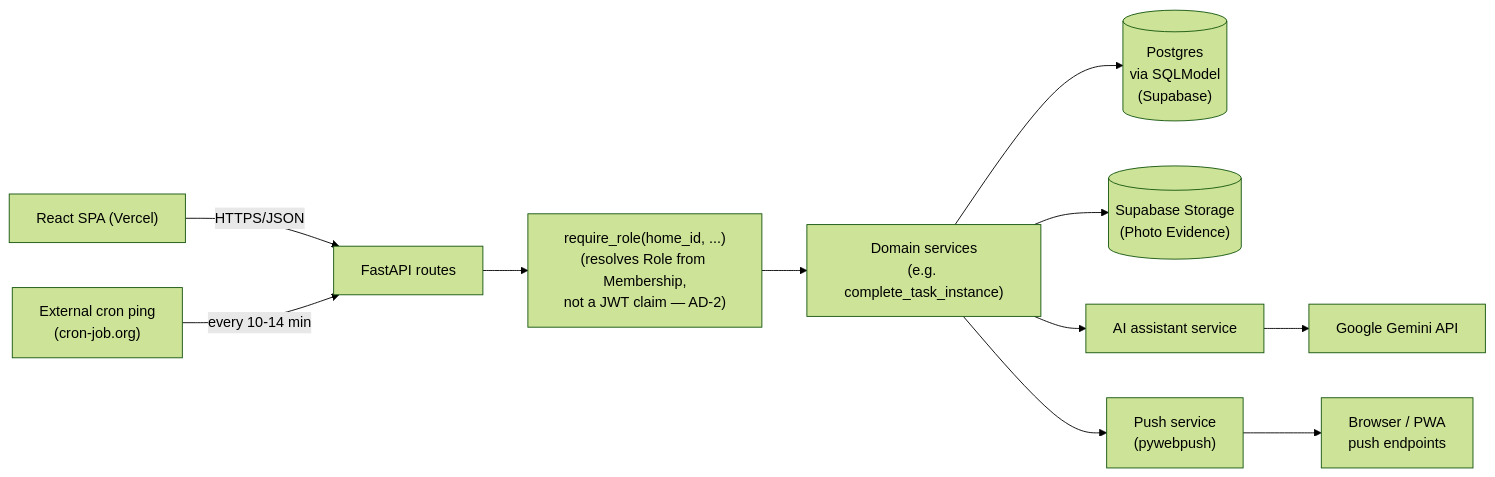
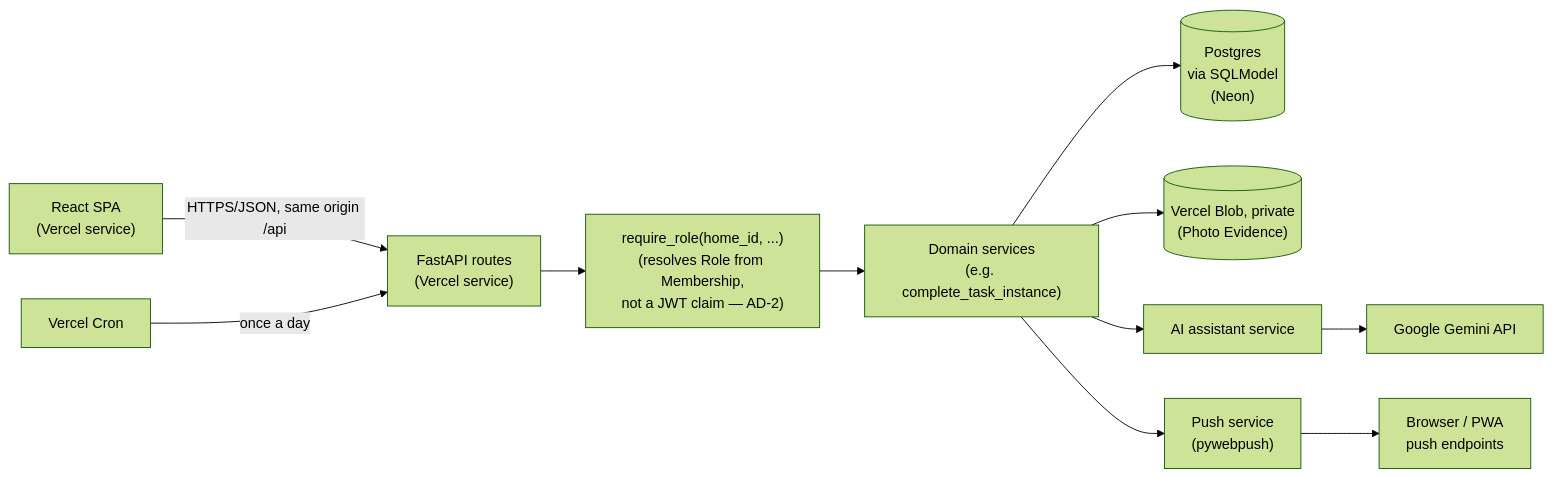
Before and after one commit to IBE160-2026/G04-auganaes-elvik-hannah: the first of 3 diagrams in _bmad-output/planning-artifacts/architecture/architecture-prosjektoppgave-ibe160-2026-10-04/ARCHITECTURE-SPINE.md, drawn with Mermaid (forest theme). The commit also changed other lines of this file and 1 other file, not shown here.

First line of the commit message:
Flytt hostet demo til Vercel i arkitekturen (correct-course)

````diff
--- a/_bmad-output/planning-artifacts/architecture/architecture-prosjektoppgave-ibe160-2026-10-04/ARCHITECTURE-SPINE.md
+++ b/_bmad-output/planning-artifacts/architecture/architecture-prosjektoppgave-ibe160-2026-10-04/ARCHITECTURE-SPINE.md
@@ -30,13 +32,13 @@
 ```mermaid
 graph LR
-  UI["React SPA (Vercel)"] -->|HTTPS/JSON| API["FastAPI routes"]
+  UI["React SPA\n(Vercel service)"] -->|"HTTPS/JSON, same origin /api"| API["FastAPI routes\n(Vercel service)"]
   API --> PERM["require_role(home_id, ...)\n(resolves Role from Membership,\nnot a JWT claim — AD-2)"]
   PERM --> DOMAIN["Domain services\n(e.g. complete_task_instance)"]
-  DOMAIN --> DB[("Postgres\nvia SQLModel\n(Supabase)")]
-  DOMAIN --> STORAGE[("Supabase Storage\n(Photo Evidence)")]
+  DOMAIN --> DB[("Postgres\nvia SQLModel\n(Neon)")]
+  DOMAIN --> STORAGE[("Vercel Blob, private\n(Photo Evidence)")]
   DOMAIN --> AI["AI assistant service"]
   AI --> GEMINI["Google Gemini API"]
   DOMAIN --> PUSH["Push service\n(pywebpush)"]
   PUSH --> BROWSERS["Browser / PWA\npush endpoints"]
-  CRON["External cron ping\n(cron-job.org)"] -->|every 10-14 min| API
+  CRON["Vercel Cron"] -->|once a day| API
 ```
````
